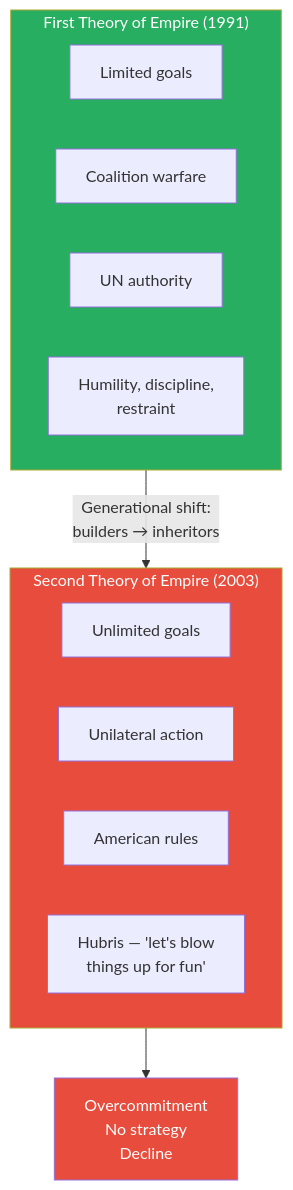
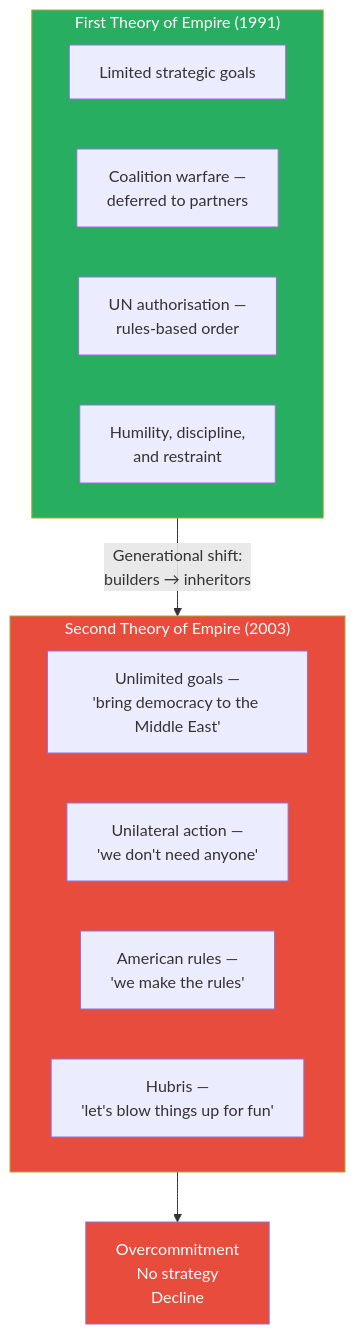
Before and after one commit to alius33/reader: the sixth of 7 diagrams in summaries/Lectures/Geo-Strategy/06 - America's Imperial Hubris.md, drawn with Mermaid. The commit also changed other lines of this file and 26 other files, not shown here.

````diff
--- a/summaries/Lectures/Geo-Strategy/06 - America's Imperial Hubris.md
+++ b/summaries/Lectures/Geo-Strategy/06 - America's Imperial Hubris.md
@@ -421,20 +328,20 @@
 ```mermaid
 flowchart TB
     subgraph T1["First Theory of Empire (1991)"]
-        G1["Limited goals"]
-        C1["Coalition warfare"]
-        U1["UN authority"]
-        P1["Humility, discipline,<br/>restraint"]
+        G1["Limited strategic goals"]
+        C1["Coalition warfare —<br/>deferred to partners"]
+        U1["UN authorisation —<br/>rules-based order"]
+        P1["Humility, discipline,<br/>and restraint"]
     end
     subgraph T2["Second Theory of Empire (2003)"]
-        G2["Unlimited goals"]
-        C2["Unilateral action"]
-        U2["American rules"]
-        P2["Hubris — 'let's blow<br/>things up for fun'"]
+        G2["Unlimited goals —<br/>'bring democracy to the Middle East'"]
+        C2["Unilateral action —<br/>'we don't need anyone'"]
+        U2["American rules —<br/>'we make the rules'"]
+        P2["Hubris —<br/>'let's blow things up for fun'"]
     end
     T1 --> |"Generational shift:<br/>builders → inheritors"| T2
     T2 --> D["Overcommitment<br/>No strategy<br/>Decline"]
     style T1 fill:#27ae60,color:#fff
     style T2 fill:#e74c3c,color:#fff
     style D fill:#e74c3c,color:#fff
 ```
````
